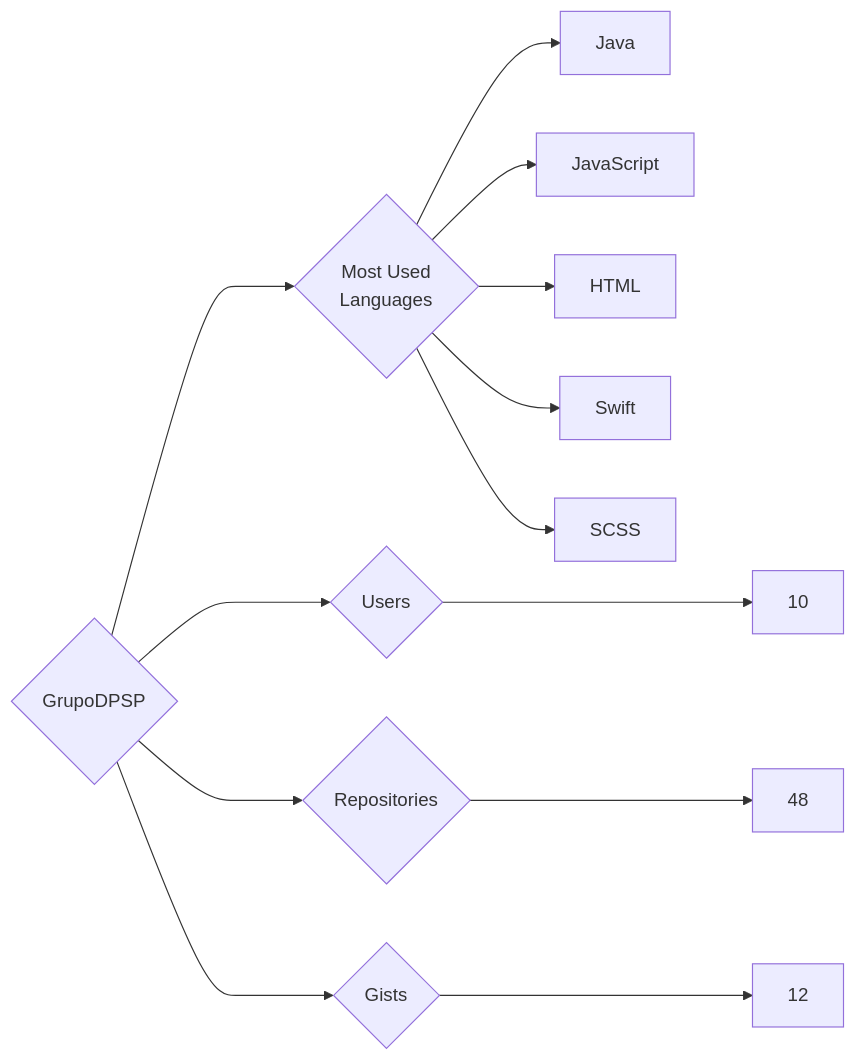
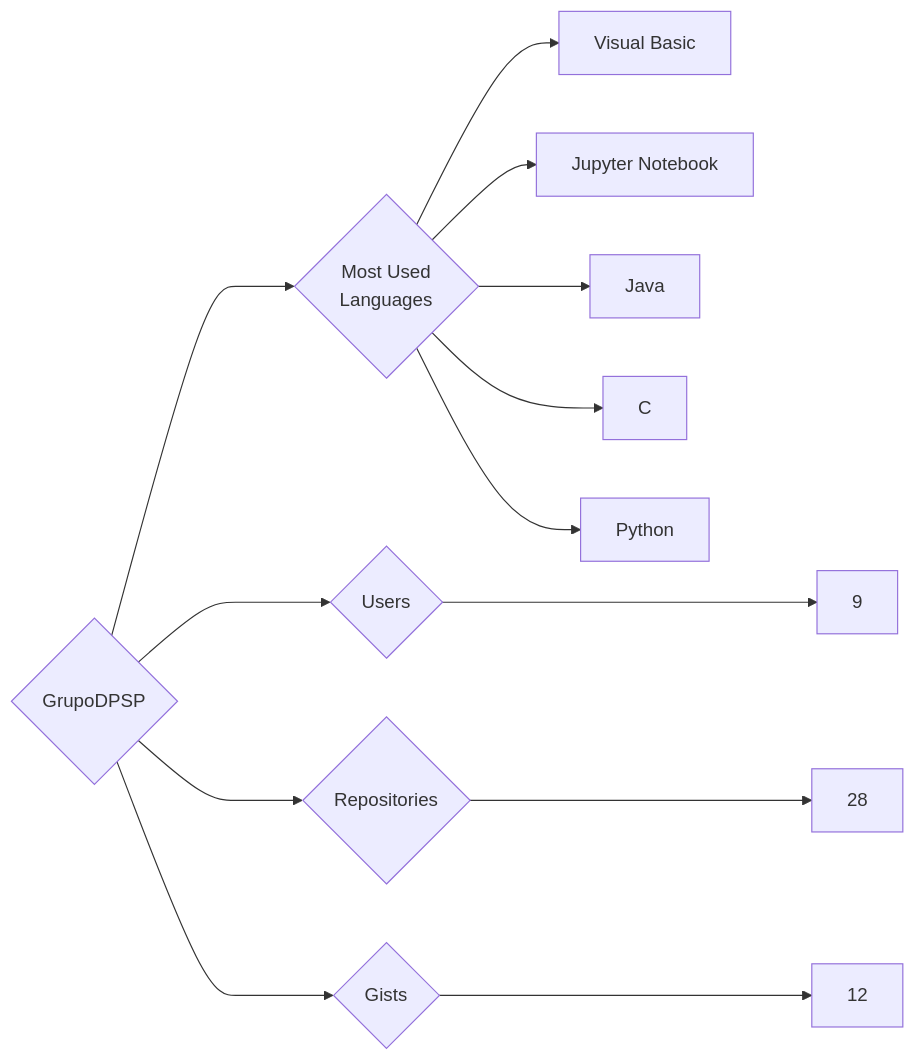
One commit to trickest/insiders changed the diagram in targets/GrupoDPSP/README.md. Above: the diagram before and after it, drawn with Mermaid. The commit also changed 1148 other files, not shown here.

````diff
--- a/targets/GrupoDPSP/README.md
+++ b/targets/GrupoDPSP/README.md
@@ -3,13 +3,13 @@
 ```mermaid
 graph LR
 COMPANY_NAME{GrupoDPSP}
-COMPANY_NAME ---> U{Users} ---> UN[10]
-COMPANY_NAME ---> R{Repositories} ---> RN[48]
+COMPANY_NAME ---> U{Users} ---> UN[9]
+COMPANY_NAME ---> R{Repositories} ---> RN[28]
 COMPANY_NAME ---> G{Gists} ---> GN[12]
 COMPANY_NAME ---> ML{Most Used<br>Languages}
+ML --> Visual_Basic[Visual Basic]
+ML --> Jupyter_Notebook[Jupyter Notebook]
 ML --> Java[Java]
-ML --> JavaScript[JavaScript]
-ML --> HTML[HTML]
-ML --> Swift[Swift]
-ML --> SCSS[SCSS]
+ML --> C[C]
+ML --> Python[Python]
 ```
````
